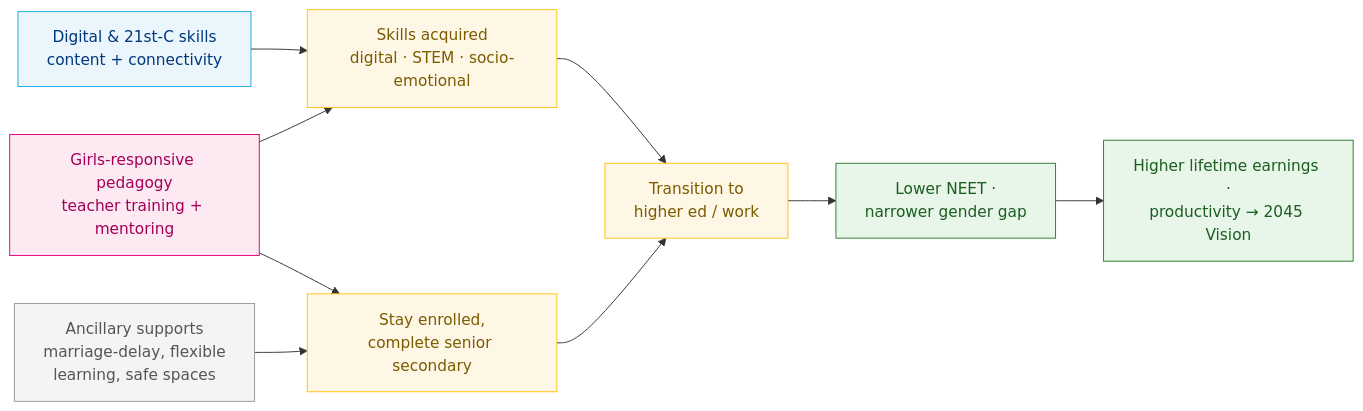
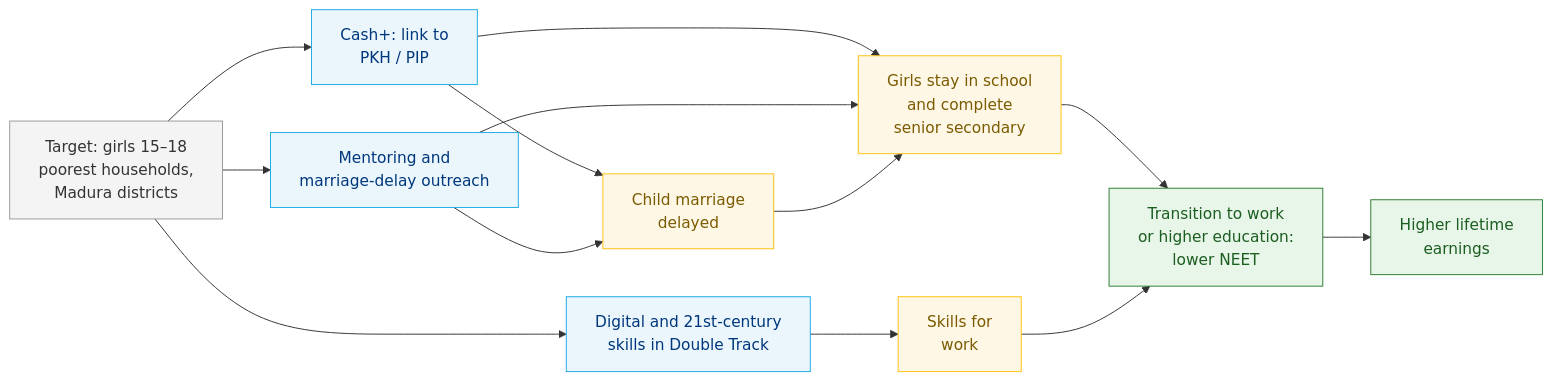
Before and after one commit to hgrueso/eastjava-investment-case: the diagram in code/06_slides_en.qmd, drawn with Mermaid. The commit also changed other lines of this file and 1 other file, not shown here.

````diff
--- a/code/06_slides_en.qmd
+++ b/code/06_slides_en.qmd
@@ -239,24 +193,29 @@
 ```{mermaid}
 %%| fig-width: 13
 flowchart LR
-  A1["Digital &amp; 21st-C skills<br/>content + connectivity"]:::a
-  A2["Girls-responsive pedagogy<br/>teacher training + mentoring"]:::b
-  A3["Ancillary supports<br/>marriage-delay, flexible<br/>learning, safe spaces"]:::c
-  O1["Skills acquired<br/>digital · STEM · socio-emotional"]:::o
-  O2["Stay enrolled,<br/>complete senior secondary"]:::o
-  M1["Transition to<br/>higher ed / work"]:::o
-  R["Lower NEET ·<br/>narrower gender gap"]:::r
-  I["Higher lifetime earnings ·<br/>productivity → 2045 Vision"]:::r
+  T["Target: girls 15–18<br/>poorest households,<br/>Madura districts"]:::t
+  A1["Cash+: link to<br/>PKH / PIP"]:::a
+  A2["Digital and 21st-century<br/>skills in Double Track"]:::a
+  A3["Mentoring and<br/>marriage-delay outreach"]:::a
+  O1["Child marriage<br/>delayed"]:::o
+  O2["Girls stay in school<br/>and complete<br/>senior secondary"]:::o
+  O3["Skills for<br/>work"]:::o
+  R["Transition to work<br/>or higher education:<br/>lower NEET"]:::r
+  I["Higher lifetime<br/>earnings"]:::r
+  T --> A1
+  T --> A2
+  T --> A3
   A1 --> O1
-  A2 --> O1
-  A2 --> O2
+  A1 --> O2
+  A3 --> O1
   A3 --> O2
-  O1 --> M1
-  O2 --> M1
-  M1 --> R --> I
+  A2 --> O3
+  O1 --> O2
+  O2 --> R
+  O3 --> R
+  R --> I
+  classDef t fill:#f4f4f4,stroke:#999,color:#333
   classDef a fill:#eaf6fc,stroke:#1CABE2,color:#00377C
-  classDef b fill:#fde9f2,stroke:#E2007A,color:#a3005a
-  classDef c fill:#f4f4f4,stroke:#999,color:#555
   classDef o fill:#fff7e6,stroke:#FFC20E,color:#7a5b00
   classDef r fill:#e8f5e9,stroke:#2e7d32,color:#1b5e20
 ```
````
